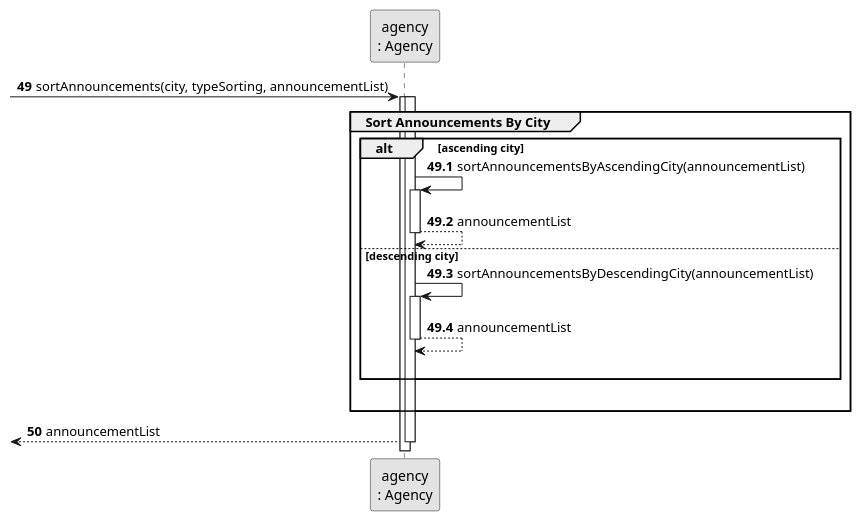
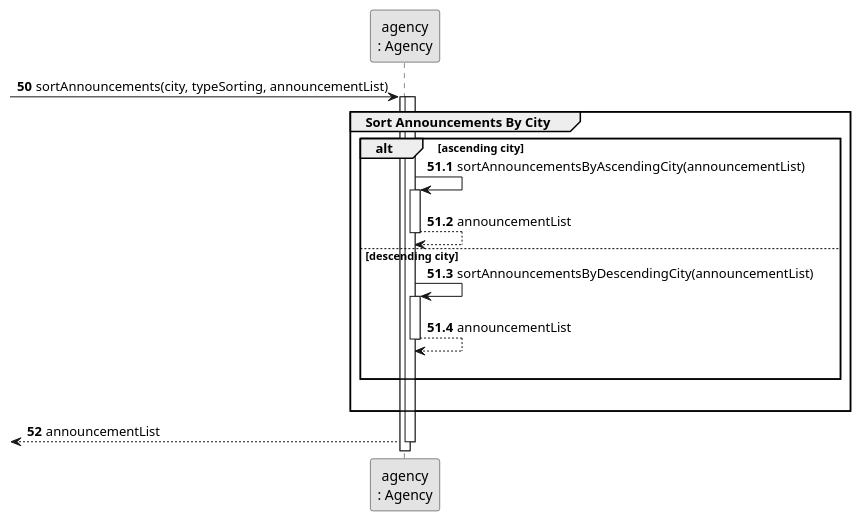
The diagram in docs/sprintB/us001/03.design/puml/us001-sequence-diagram-partial-sort-announcements-by-city.puml (rita-barbosa/LAPR2-2223), drawn with PlantUML before and after one commit. The commit also changed 15 other files, not shown here.

Commit message:
Update Sequence Diagram [US001][Design].

```diff
--- a/docs/sprintB/us001/03.design/puml/us001-sequence-diagram-partial-sort-announcements-by-city.puml
+++ b/docs/sprintB/us001/03.design/puml/us001-sequence-diagram-partial-sort-announcements-by-city.puml
@@ -1,43 +1,43 @@
 @startuml
 skinparam monochrome true
 skinparam packageStyle rectangle
 skinparam shadowing false
 
 participant "agency\n: Agency" as AGENCY
 
-autonumber 49
+autonumber 50
 -> AGENCY : sortAnnouncements(city, typeSorting, announcementList)
 activate AGENCY
 
-autonumber 49.1
+autonumber 51.1
 activate AGENCY
     group Sort Announcements By City
 
         alt ascending city
 
             AGENCY -> AGENCY : sortAnnouncementsByAscendingCity(announcementList)
             activate AGENCY
 
             AGENCY --> AGENCY : announcementList
             deactivate AGENCY
 
             else descending city
 
             AGENCY -> AGENCY : sortAnnouncementsByDescendingCity(announcementList)
             activate AGENCY
 
             AGENCY --> AGENCY : announcementList
             deactivate AGENCY
 
         |||
         end
     |||
     end
 
-    autonumber 50
+    autonumber 52
 
     <-- AGENCY : announcementList
 deactivate AGENCY
 
 
 @enduml
```
